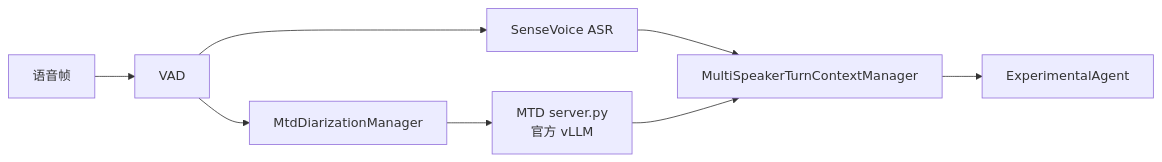
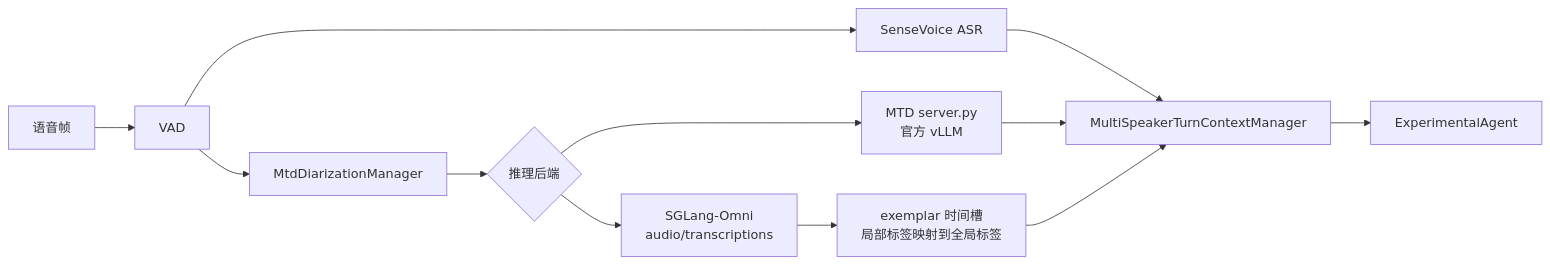
The diagram in docs/docs/mtd_multi_speaker_quickstart.zh.md (xcc-zach/xtalk), drawn with Mermaid before and after one commit. The commit also changed other lines of this file and 5 other files, not shown here.

Commit message:
feature: add SGLang-Omni MTD backend

````diff
--- a/docs/docs/mtd_multi_speaker_quickstart.zh.md
+++ b/docs/docs/mtd_multi_speaker_quickstart.zh.md
@@ -5,10 +5,14 @@
 ```mermaid
 flowchart LR
     Audio[语音帧] --> VAD[VAD]
     VAD --> ASR[SenseVoice ASR]
     VAD --> MTD[MtdDiarizationManager]
-    MTD --> Runtime[MTD server.py<br/>官方 vLLM]
+    MTD --> Backend{推理后端}
+    Backend --> VLLM[MTD server.py<br/>官方 vLLM]
+    Backend --> SGLang[SGLang-Omni<br/>audio/transcriptions]
+    SGLang --> Map[exemplar 时间槽<br/>局部标签映射到全局标签]
     ASR --> Join[MultiSpeakerTurnContextManager]
-    Runtime --> Join
+    VLLM --> Join
+    Map --> Join
     Join --> Agent[ExperimentalAgent]
 ```
````
